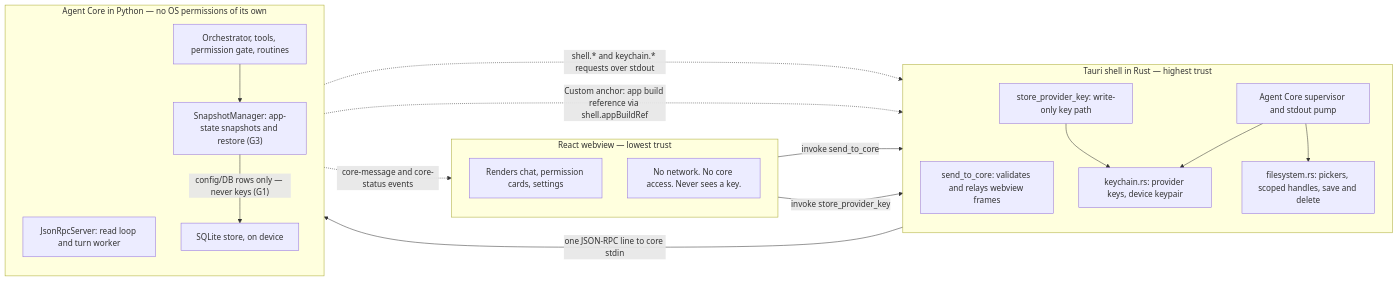
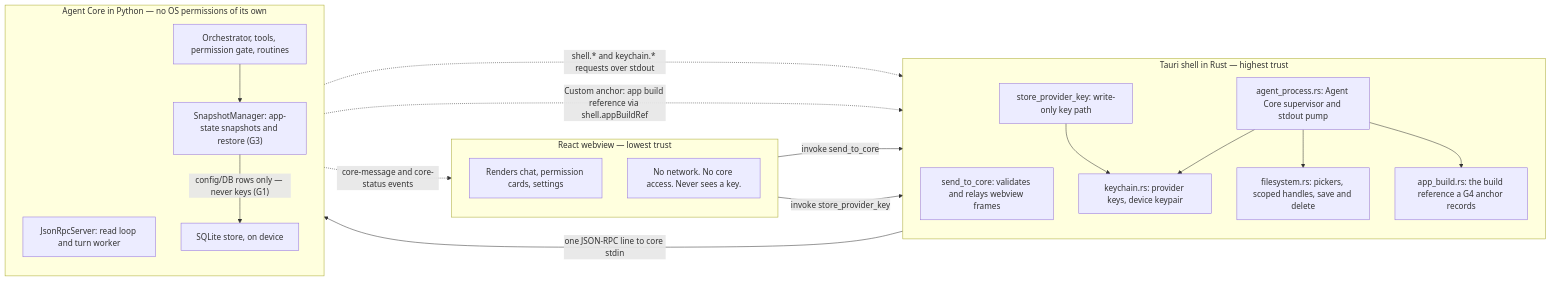
The first of 2 diagrams in docs/architecture.md (N041M/Addison), drawn with Mermaid before and after one commit. The commit also changed other lines of this file and 17 other files, not shown here.

````diff
--- a/docs/architecture.md
+++ b/docs/architecture.md
@@ -19,40 +19,42 @@
 ```mermaid
 %% LR, deliberately: the core->shell callback edges make a rank cycle that, in a
 %% TB layout, scrambles the bands and routes edges through the shell subgraph's
 %% title text. Left-to-right, every edge lands in open space.
 flowchart LR
     subgraph webview["React webview — lowest trust"]
         direction TB
         UIrender["Renders chat, permission cards, settings"]
         UInote["No network. No core access. Never sees a key."]
     end
 
     subgraph shell["Tauri shell in Rust — highest trust"]
         direction TB
         SendCmd["send_to_core: validates and relays webview frames"]
         StoreKeyCmd["store_provider_key: write-only key path"]
-        Supervisor["Agent Core supervisor and stdout pump"]
+        Supervisor["agent_process.rs: Agent Core supervisor and stdout pump"]
         Keychain["keychain.rs: provider keys, device keypair"]
         Filesystem["filesystem.rs: pickers, scoped handles, save and delete"]
+        AppBuild["app_build.rs: the build reference a G4 anchor records"]
     end
 
     subgraph core["Agent Core in Python — no OS permissions of its own"]
         direction TB
         Server["JsonRpcServer: read loop and turn worker"]
         Engine["Orchestrator, tools, permission gate, routines"]
         Snapshots["SnapshotManager: app-state snapshots and restore (G3)"]
         Store["SQLite store, on device"]
     end
 
     UIrender -->|"invoke send_to_core"| SendCmd
     UIrender -->|"invoke store_provider_key"| StoreKeyCmd
     SendCmd -->|"one JSON-RPC line to core stdin"| Server
     Server -.->|"core-message and core-status events"| UIrender
     Engine -.->|"shell.* and keychain.* requests over stdout"| Supervisor
     Engine --> Snapshots
     Snapshots -->|"config/DB rows only — never keys (G1)"| Store
     Snapshots -.->|"Custom anchor: app build reference via shell.appBuildRef"| Supervisor
     Supervisor --> Keychain
     Supervisor --> Filesystem
+    Supervisor --> AppBuild
     StoreKeyCmd --> Keychain
 ```
````
